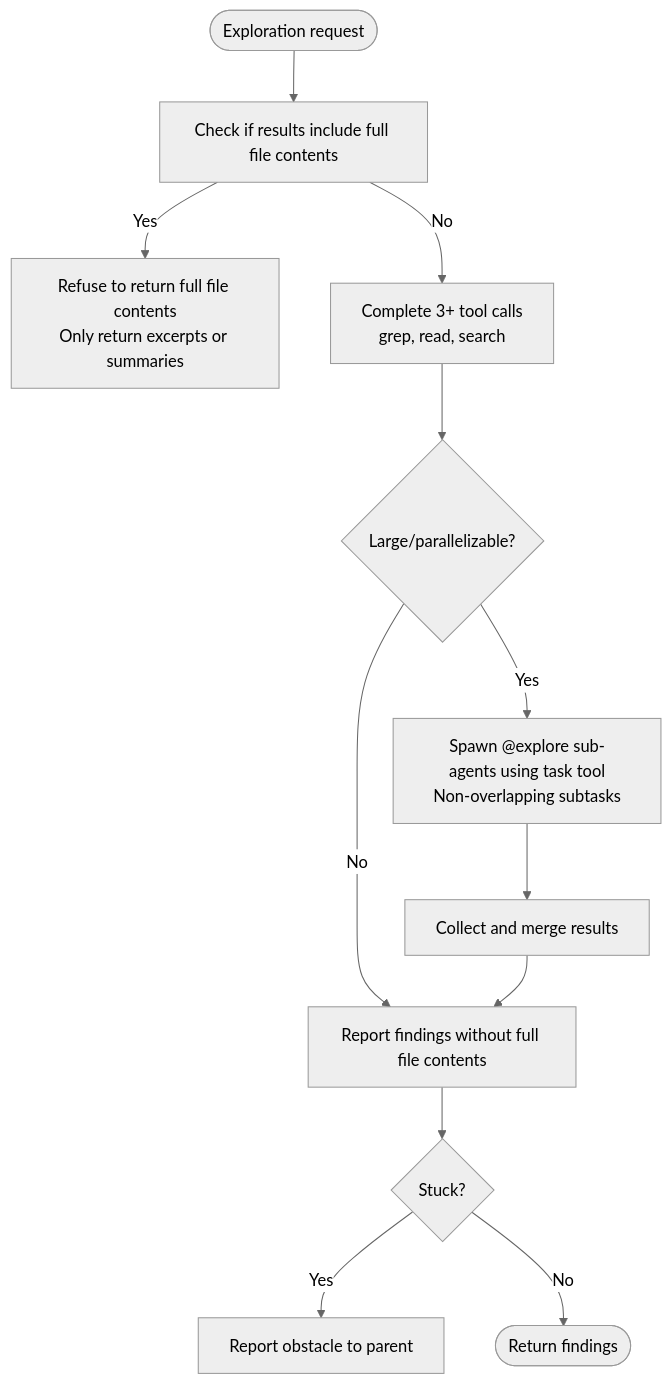
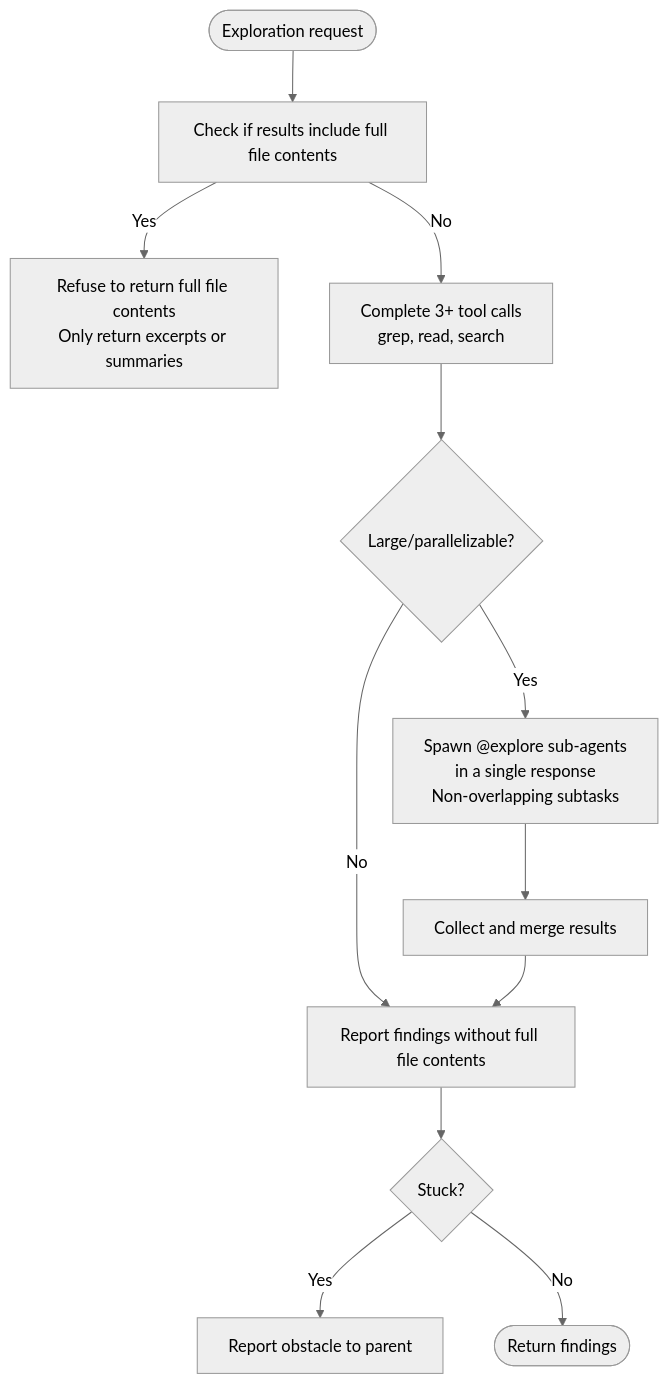
One commit to juliankahlert/opencode-config changed the diagram in pages/src/absurd/explore.md. Above: the diagram before and after it, drawn with Mermaid (neutral theme). The commit also changed other lines of this file and 9 other files, not shown here.

````diff
--- a/pages/src/absurd/explore.md
+++ b/pages/src/absurd/explore.md
@@ -22,18 +22,18 @@
 ```mermaid
 flowchart TD
     REQ([Exploration request]) --> REFUSE_CHECK[Check if results include full file contents]
     REFUSE_CHECK -->|Yes| REFUSE[Refuse to return full file contents<br/>Only return excerpts or summaries]
     REFUSE_CHECK -->|No| WORK[Complete 3+ tool calls<br/>grep, read, search]
     
     WORK --> BIG{Large/parallelizable?}
     
     BIG -->|No| REPORT[Report findings without full file contents]
 
-    BIG -->|Yes| SPAWN[Spawn @explore sub-agents using task tool<br/>Non-overlapping subtasks]
+    BIG -->|Yes| SPAWN[Spawn @explore sub-agents<br/>in a single response<br/>Non-overlapping subtasks]
     SPAWN --> MERGE[Collect and merge results]
     MERGE --> REPORT
 
     REPORT --> STUCK{Stuck?}
     STUCK -->|Yes| ESCALATE[Report obstacle to parent]
     STUCK -->|No| DONE([Return findings])
 ```
````
